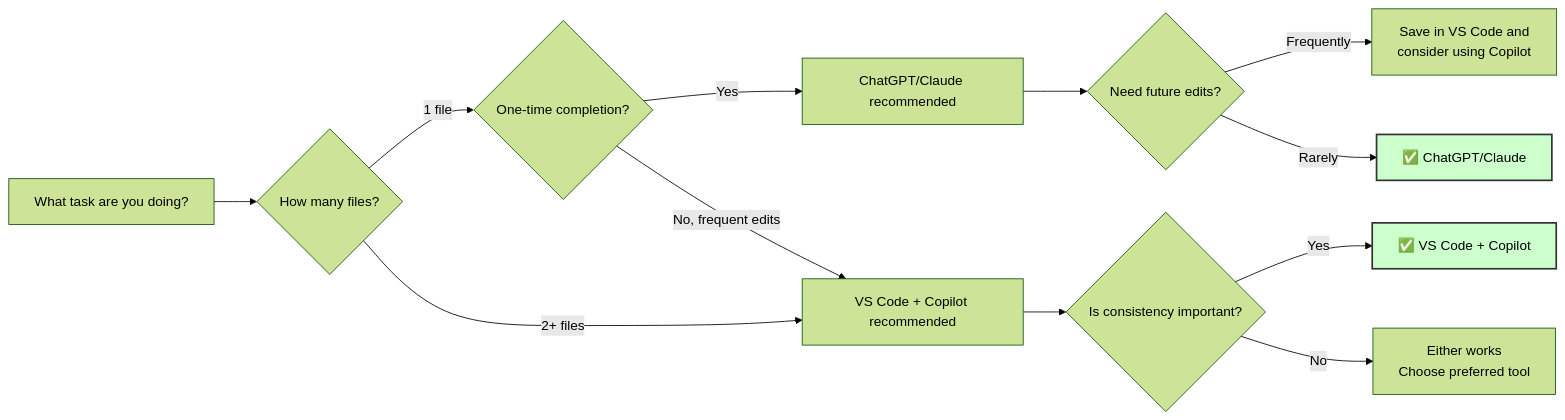
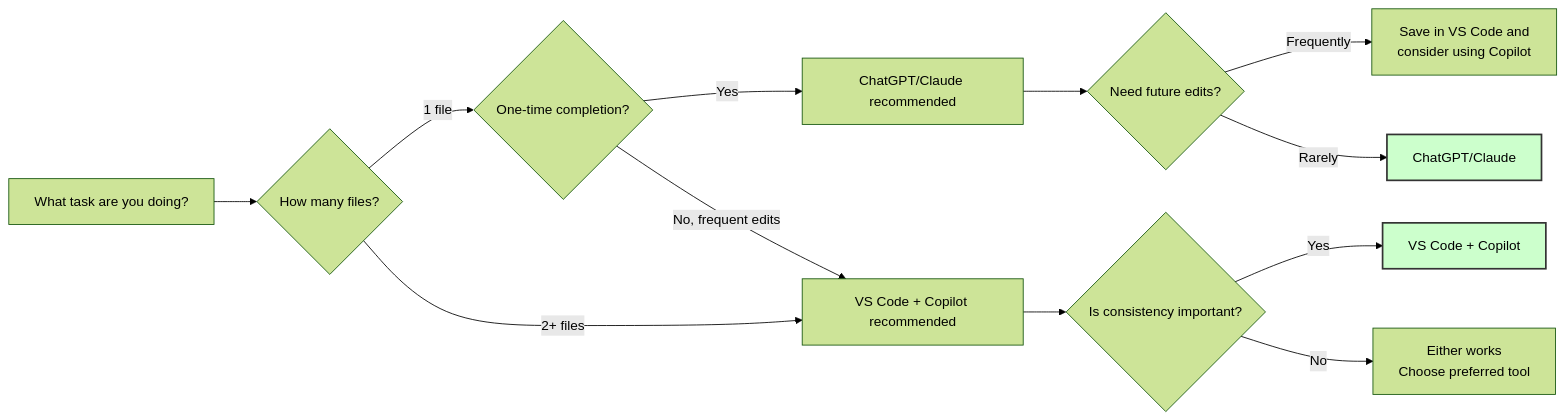
Before and after one commit to seo-jinseok/GitHub-Copilot-Guide: the fifth of 18 diagrams in docs/admin/en/index.md, drawn with Mermaid (forest theme). The commit also changed other lines of this file and 7 other files, not shown here.

````diff
--- a/docs/admin/en/index.md
+++ b/docs/admin/en/index.md
@@ -297,20 +297,20 @@
 ```mermaid
 graph LR
     A[What task are you doing?] --> B{How many files?}
     B -->|1 file| C{One-time completion?}
     B -->|2+ files| D[VS Code + Copilot recommended]
     
     C -->|Yes| E[ChatGPT/Claude recommended]
     C -->|No, frequent edits| D
     
     D --> F{Is consistency important?}
-    F -->|Yes| G[✅ VS Code + Copilot]
+    F -->|Yes| G[VS Code + Copilot]
     F -->|No| H[Either works<br/>Choose preferred tool]
     
     E --> I{Need future edits?}
     I -->|Frequently| J[Save in VS Code and<br/>consider using Copilot]
-    I -->|Rarely| K[✅ ChatGPT/Claude]
+    I -->|Rarely| K[ChatGPT/Claude]
     
     style G fill:#ccffcc,stroke:#333,stroke-width:2px,color:#000
     style K fill:#ccffcc,stroke:#333,stroke-width:2px,color:#000
 ```
````
